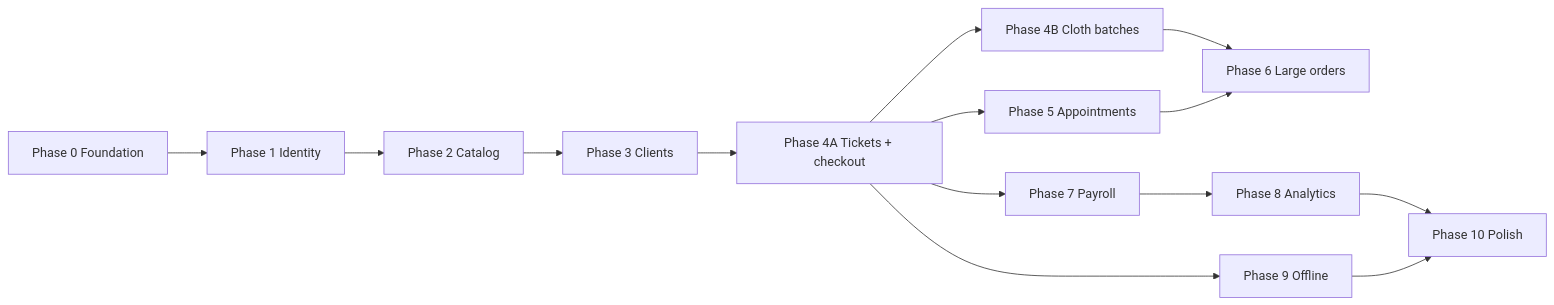
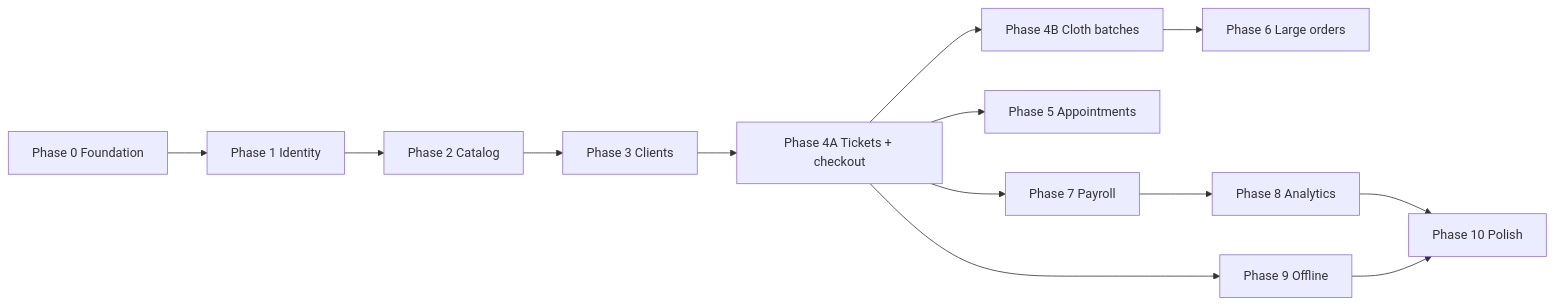
Before and after one commit to JuanDawd/innovation-befine: the diagram in docs/project-plan.md, drawn with Mermaid. The commit also changed other lines of this file and 14 other files, not shown here.

````diff
--- a/docs/project-plan.md
+++ b/docs/project-plan.md
@@ -183,25 +193,24 @@
 ```mermaid
 flowchart LR
   P0[Phase 0 Foundation]
   P1[Phase 1 Identity]
   P2[Phase 2 Catalog]
   P3[Phase 3 Clients]
   P4A[Phase 4A Tickets + checkout]
   P4B[Phase 4B Cloth batches]
   P5[Phase 5 Appointments]
   P6[Phase 6 Large orders]
   P7[Phase 7 Payroll]
   P8[Phase 8 Analytics]
   P9[Phase 9 Offline]
   P10[Phase 10 Polish]
 
   P0 --> P1 --> P2 --> P3 --> P4A
   P4A --> P4B
   P4A --> P5
   P4B --> P6
-  P5 --> P6
   P4A --> P7 --> P8
   P4A --> P9
   P8 --> P10
   P9 --> P10
 ```
````
